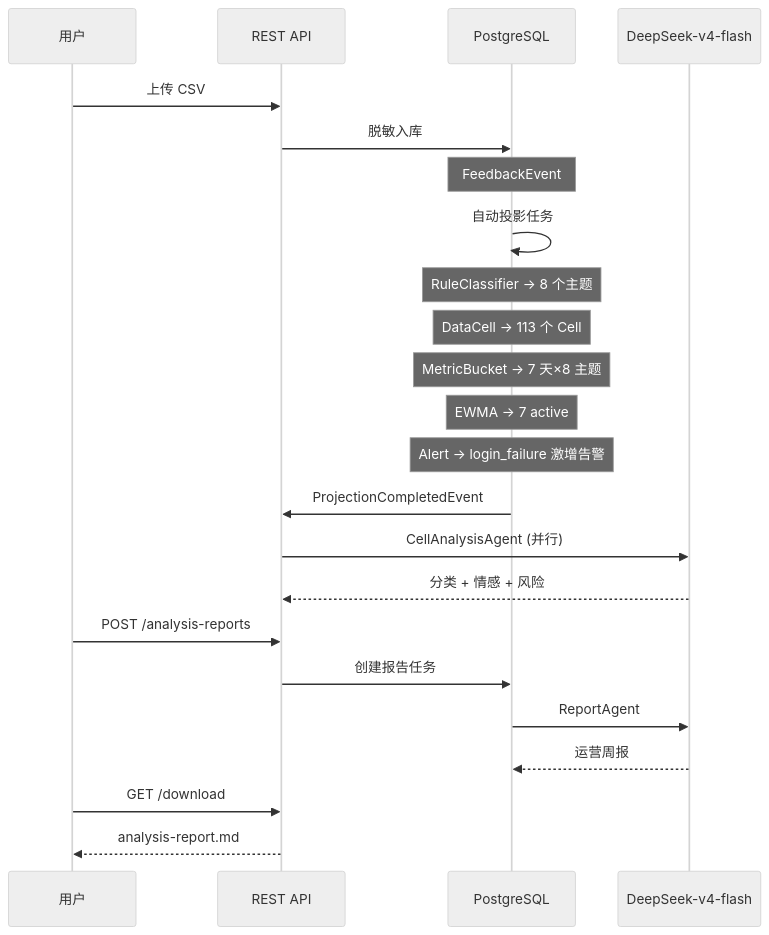
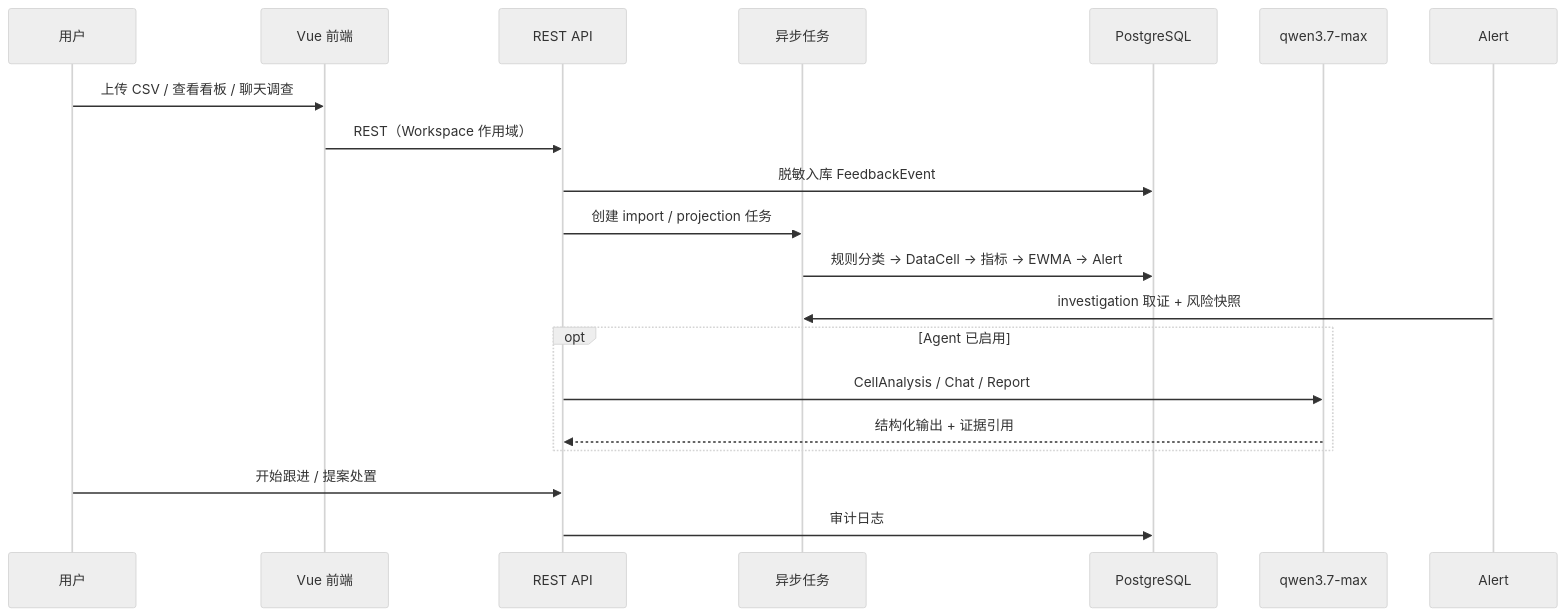
The third of 5 diagrams in README.md (Suda-313/InsightFlow), drawn with Mermaid (neutral theme) before and after one commit. The commit also changed other lines of this file and 23 other files, not shown here.

````diff
--- a/README.md
+++ b/README.md
@@ -93,29 +244,24 @@
 ```mermaid
 sequenceDiagram
     participant U as 用户
+    participant UI as Vue 前端
     participant API as REST API
+    participant T as 异步任务
     participant DB as PostgreSQL
-    participant LLM as DeepSeek-v4-flash
+    participant LLM as qwen3.7-max
 
-    U->>API: 上传 CSV
-    API->>DB: 脱敏入库
-    Note over DB: FeedbackEvent
+    U->>UI: 上传 CSV / 查看看板 / 聊天调查
+    UI->>API: REST（Workspace 作用域）
+    API->>DB: 脱敏入库 FeedbackEvent
+    API->>T: 创建 import / projection 任务
+    T->>DB: 规则分类 → DataCell → 指标 → EWMA → Alert
+    Alert->>T: investigation 取证 + 风险快照
 
-    DB->>DB: 自动投影任务
-    Note over DB: RuleClassifier → 8 个主题
-    Note over DB: DataCell → 113 个 Cell
-    Note over DB: MetricBucket → 7 天×8 主题
-    Note over DB: EWMA → 7 active
-    Note over DB: Alert → login_failure 激增告警
+    opt Agent 已启用
+        API->>LLM: CellAnalysis / Chat / Report
+        LLM-->>API: 结构化输出 + 证据引用
+    end
 
-    DB->>API: ProjectionCompletedEvent
-    API->>LLM: CellAnalysisAgent (并行)
-    LLM-->>API: 分类 + 情感 + 风险
-
-    U->>API: POST /analysis-reports
-    API->>DB: 创建报告任务
-    DB->>LLM: ReportAgent
-    LLM-->>DB: 运营周报
-    U->>API: GET /download
-    API-->>U: analysis-report.md
+    U->>API: 开始跟进 / 提案处置
+    API->>DB: 审计日志
 ```
````
